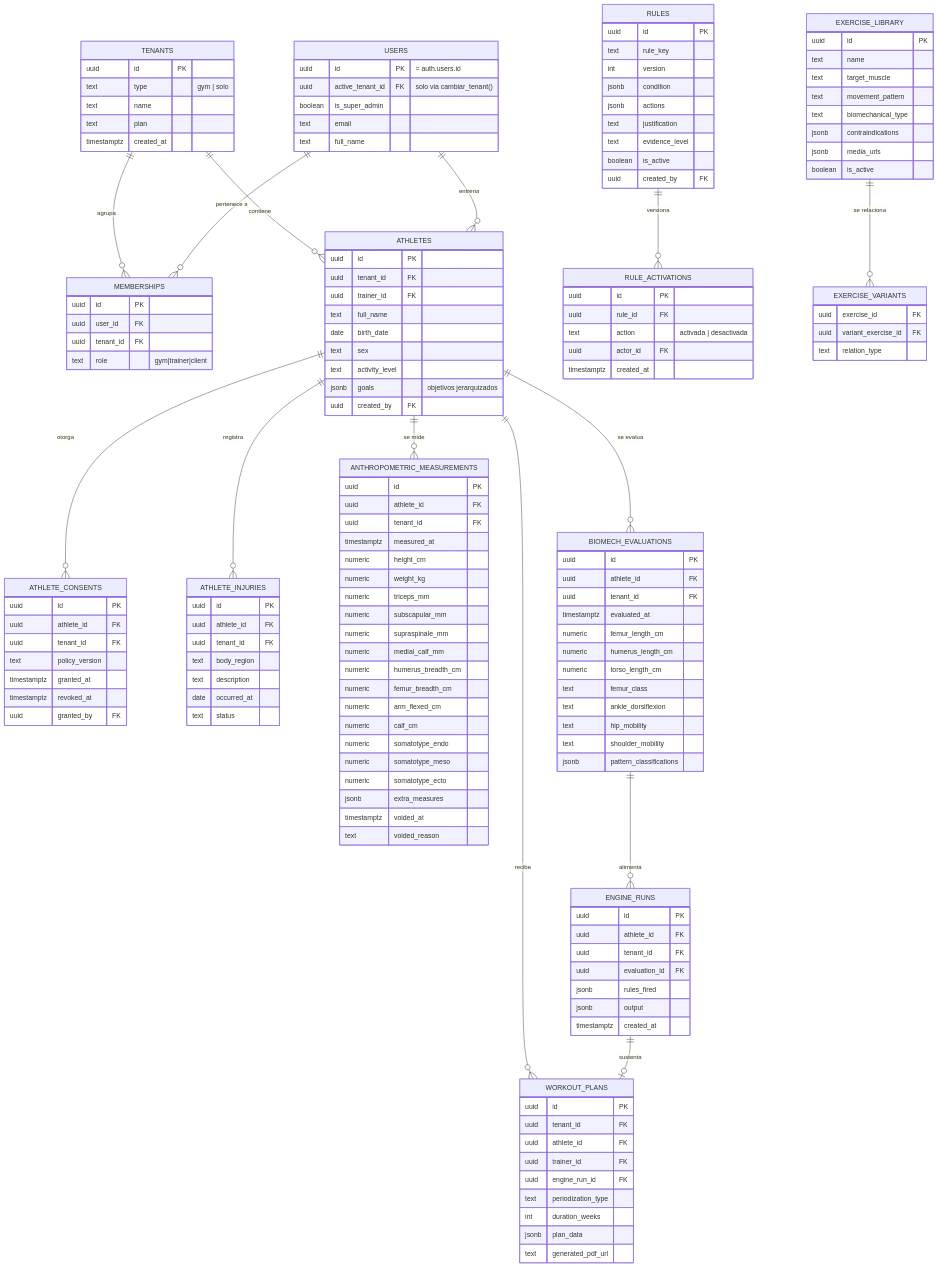
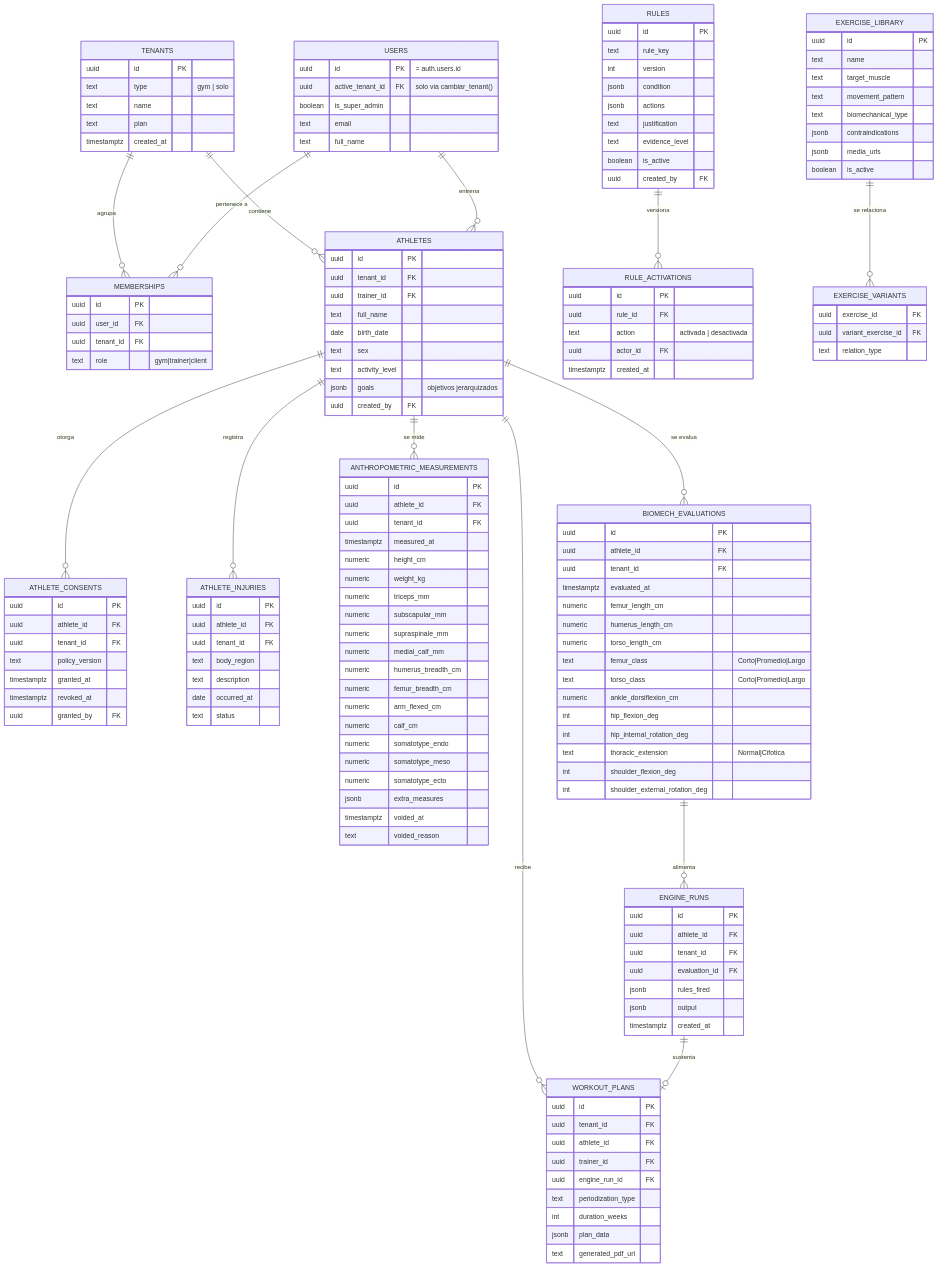
One commit to jorget08/Gioslab changed the diagram in docs/MODELO-DATOS.md. Above: the diagram before and after it, drawn with Mermaid. The commit also changed other lines of this file and 25 other files, not shown here.

```diff
--- a/docs/MODELO-DATOS.md
+++ b/docs/MODELO-DATOS.md
@@ -177,11 +177,14 @@
         numeric femur_length_cm
         numeric humerus_length_cm
         numeric torso_length_cm
-        text femur_class
-        text ankle_dorsiflexion
-        text hip_mobility
-        text shoulder_mobility
-        jsonb pattern_classifications
+        text femur_class "Corto|Promedio|Largo"
+        text torso_class "Corto|Promedio|Largo"
+        numeric ankle_dorsiflexion_cm
+        int hip_flexion_deg
+        int hip_internal_rotation_deg
+        text thoracic_extension "Normal|Cifotica"
+        int shoulder_flexion_deg
+        int shoulder_external_rotation_deg
     }
     EXERCISE_LIBRARY {
         uuid id PK
```
